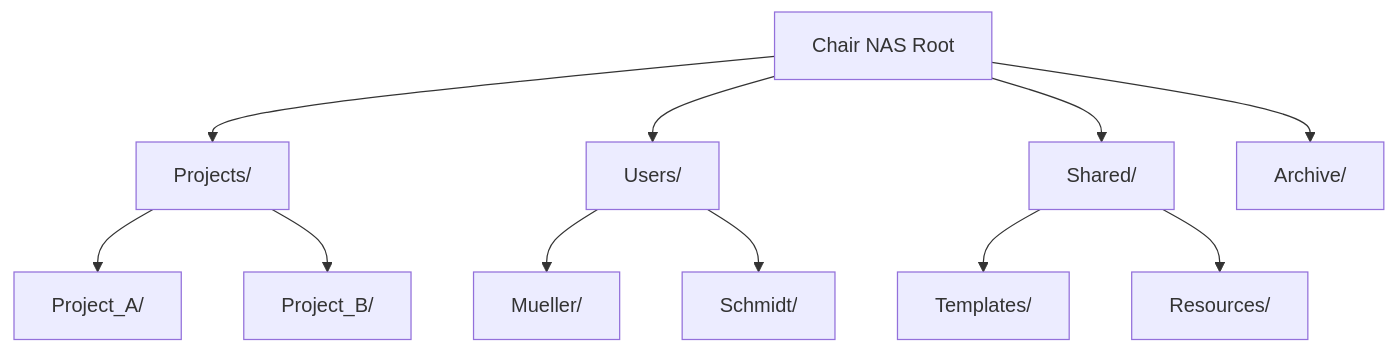
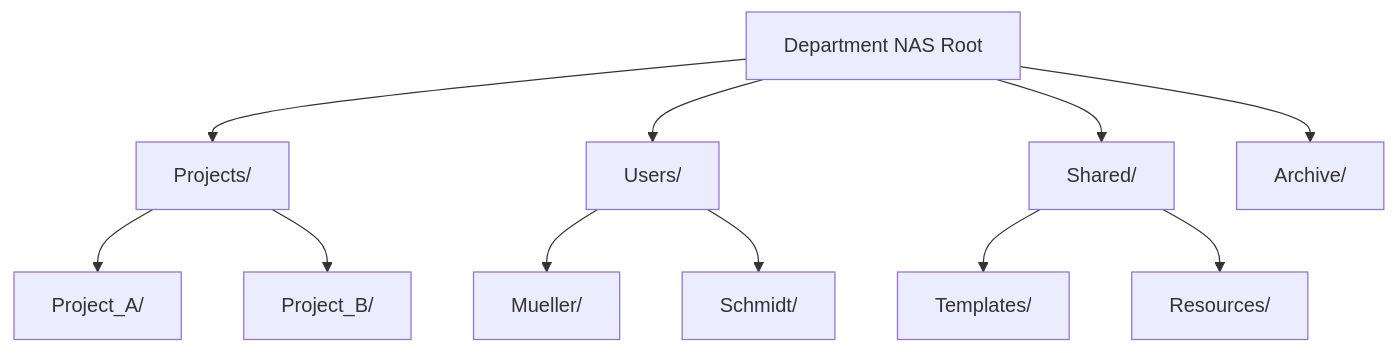
Before and after one commit to jtimo/tum-ito-admin-guide: the fifth of 5 diagrams in en/chapters/06-storage-backup.qmd, drawn with Mermaid. The commit also changed other lines of this file and 21 other files, not shown here.

````diff
--- a/en/chapters/06-storage-backup.qmd
+++ b/en/chapters/06-storage-backup.qmd
@@ -202,18 +206,18 @@
 ```{mermaid}
 %%| fig-cap: "Recommended Folder Structure"
 flowchart TB
-    Root["Chair NAS Root"]
+    Root["Department NAS Root"]
     Root --> Projects["Projects/"]
     Root --> Users["Users/"]
     Root --> Shared["Shared/"]
     Root --> Archive["Archive/"]
 
     Projects --> P1["Project_A/"]
     Projects --> P2["Project_B/"]
 
     Users --> U1["Mueller/"]
     Users --> U2["Schmidt/"]
 
     Shared --> Templates["Templates/"]
     Shared --> Resources["Resources/"]
 ```
````
